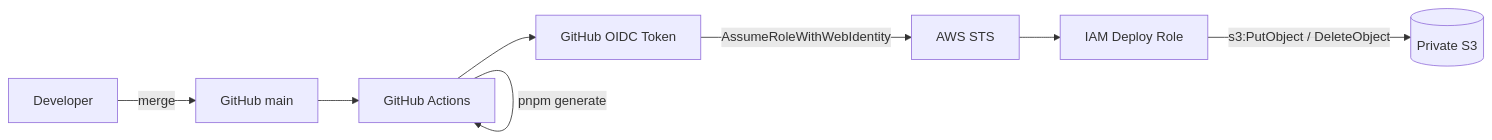
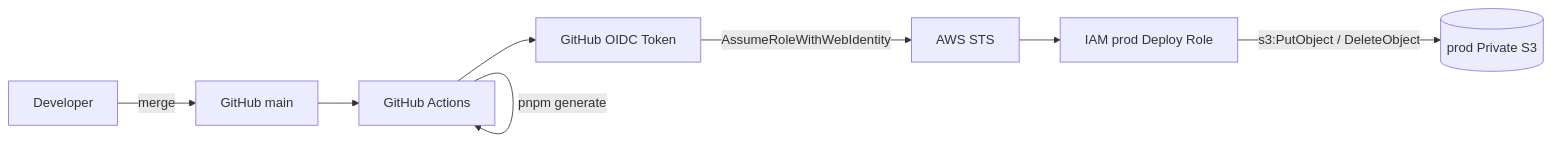
Before and after one commit to toshiakisan1127/russian-4kyu-training: the second of 4 diagrams in docs/AWS_PUBLIC_HOSTING.md, drawn with Mermaid. The commit also changed other lines of this file, not shown here.

````diff
--- a/docs/AWS_PUBLIC_HOSTING.md
+++ b/docs/AWS_PUBLIC_HOSTING.md
@@ -36,18 +37,18 @@
 ```mermaid
 flowchart LR
     Dev[Developer]
     Main[GitHub main]
     Actions[GitHub Actions]
     OIDC[GitHub OIDC Token]
     STS[AWS STS]
-    Role[IAM Deploy Role]
-    S3[(Private S3)]
+    Role[IAM prod Deploy Role]
+    S3[(prod Private S3)]
 
     Dev -->|merge| Main
     Main --> Actions
     Actions -->|pnpm generate| Actions
     Actions --> OIDC
     OIDC -->|AssumeRoleWithWebIdentity| STS
     STS --> Role
     Role -->|s3:PutObject / DeleteObject| S3
 ```
````
